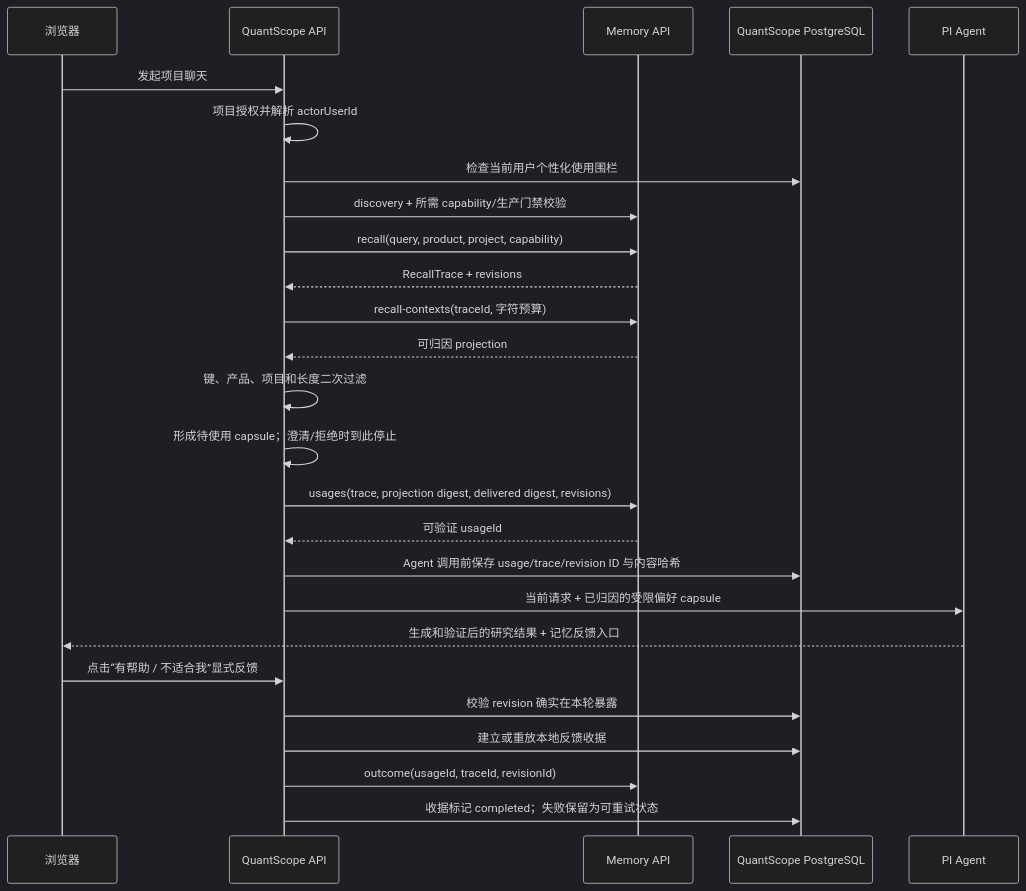
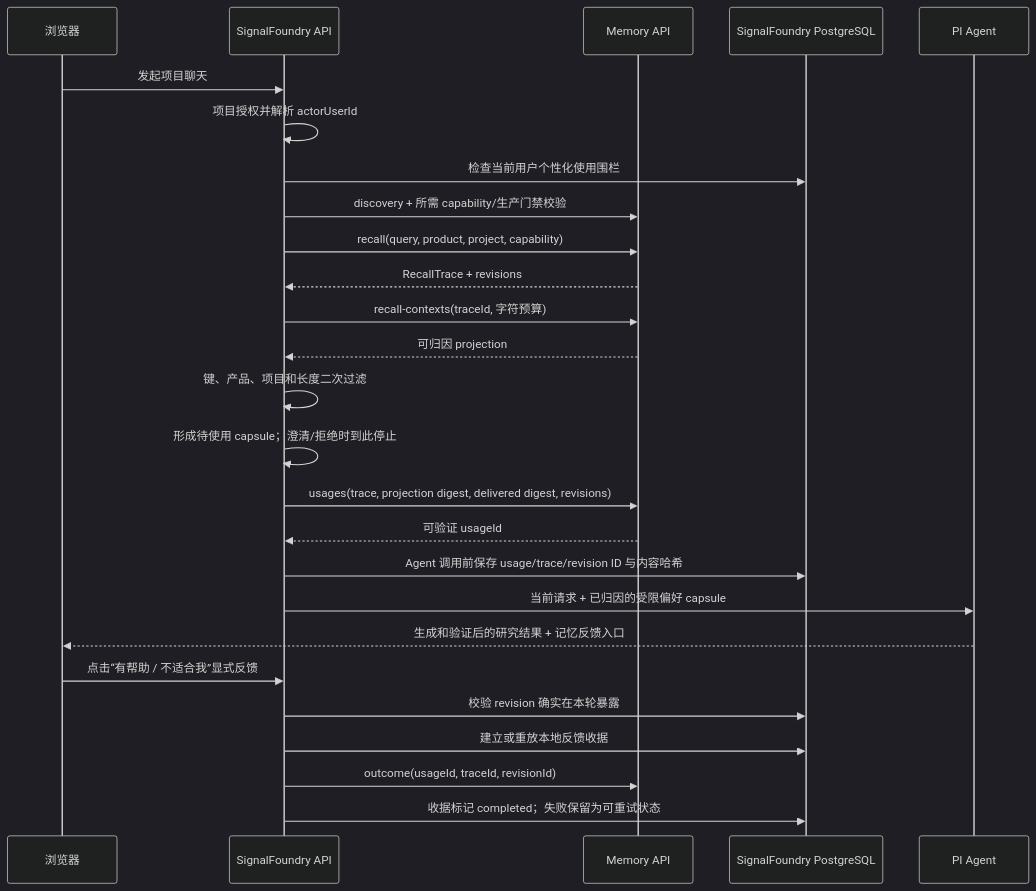
The diagram in docs/user-memory-integration.md (PeaceMaker-best/QuantPilot), drawn with Mermaid (dark theme) before and after one commit. The commit also changed other lines of this file and 205 other files, not shown here.

Commit message:
Rebrand project as SignalFoundry

````diff
--- a/docs/user-memory-integration.md
+++ b/docs/user-memory-integration.md
@@ -93,29 +93,29 @@
 ```mermaid
 sequenceDiagram
   participant B as 浏览器
-  participant Q as QuantScope API
+  participant Q as SignalFoundry API
   participant M as Memory API
-  participant P as QuantScope PostgreSQL
+  participant P as SignalFoundry PostgreSQL
   participant A as PI Agent
 
   B->>Q: 发起项目聊天
   Q->>Q: 项目授权并解析 actorUserId
   Q->>P: 检查当前用户个性化使用围栏
   Q->>M: discovery + 所需 capability/生产门禁校验
   Q->>M: recall(query, product, project, capability)
   M-->>Q: RecallTrace + revisions
   Q->>M: recall-contexts(traceId, 字符预算)
   M-->>Q: 可归因 projection
   Q->>Q: 键、产品、项目和长度二次过滤
   Q->>Q: 形成待使用 capsule；澄清/拒绝时到此停止
   Q->>M: usages(trace, projection digest, delivered digest, revisions)
   M-->>Q: 可验证 usageId
   Q->>P: Agent 调用前保存 usage/trace/revision ID 与内容哈希
   Q->>A: 当前请求 + 已归因的受限偏好 capsule
   A-->>B: 生成和验证后的研究结果 + 记忆反馈入口
   B->>Q: 点击“有帮助 / 不适合我”显式反馈
   Q->>P: 校验 revision 确实在本轮暴露
   Q->>P: 建立或重放本地反馈收据
   Q->>M: outcome(usageId, traceId, revisionId)
   Q->>P: 收据标记 completed；失败保留为可重试状态
 ```
````
